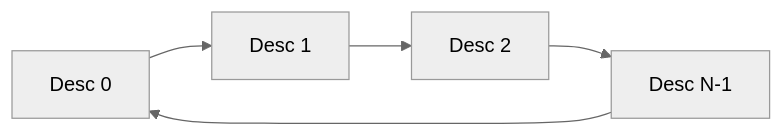
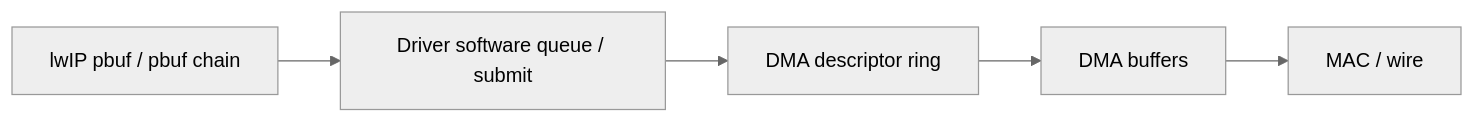
Before and after one commit to wdfk-prog/lwIP-Source-Lab: the first of 7 diagrams in docs/21-ethernet-descriptor-ring-backpressure.md, drawn with Mermaid (neutral theme). The commit also changed other lines of this file and 49 other files, not shown here.

````diff
--- a/docs/21-ethernet-descriptor-ring-backpressure.md
+++ b/docs/21-ethernet-descriptor-ring-backpressure.md
@@ -39,7 +25,7 @@
 ```mermaid
 flowchart LR
-    D0["Desc 0"] --> D1["Desc 1"]
-    D1 --> D2["Desc 2"]
-    D2 --> D3["Desc N-1"]
-    D3 --> D0
+    A["lwIP pbuf / pbuf chain"] --> B["Driver software queue / submit"]
+    B --> C["DMA descriptor ring"]
+    C --> D["DMA buffers"]
+    D --> E["MAC / wire"]
 ```
````
